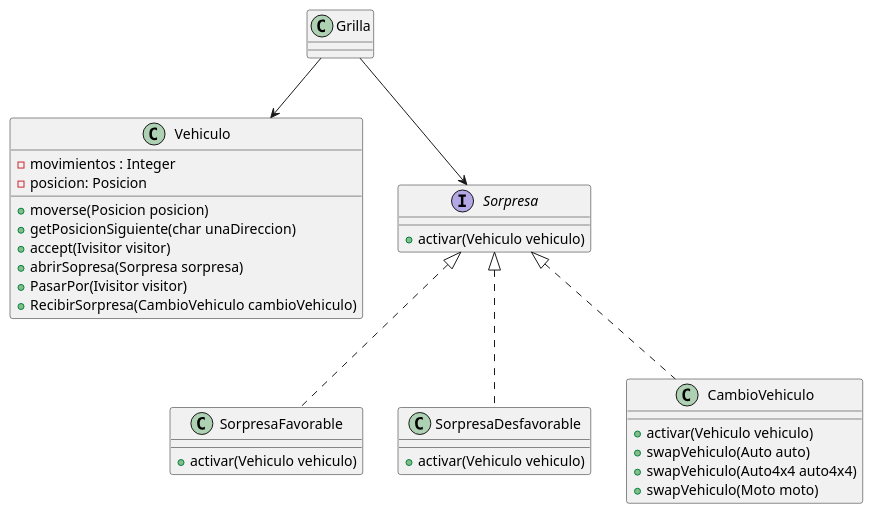
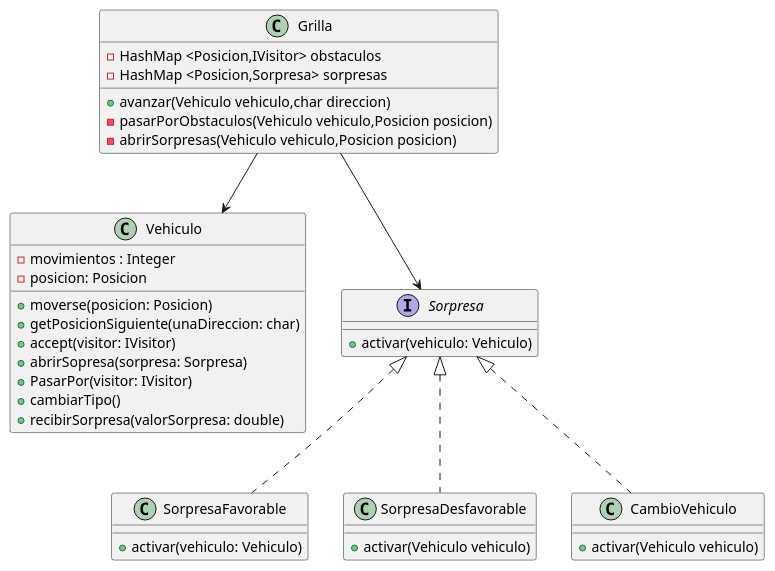
One commit to Dolo-pavon01/gpsChallenge changed the diagram in diagrams/classes/entrega 2/Sorpresas.puml. Above: the diagram before and after it, drawn with PlantUML. The commit also changed 1 other file, not shown here.

Commit message:
chore: se modificaron diagramas

```diff
--- a/diagrams/classes/entrega 2/Sorpresas.puml
+++ b/diagrams/classes/entrega 2/Sorpresas.puml
@@ -1,37 +1,44 @@
 @startuml
-class Grilla{}
+class Grilla{
+    - HashMap <Posicion,IVisitor> obstaculos
+    - HashMap <Posicion,Sorpresa> sorpresas
++ avanzar(Vehiculo vehiculo,char direccion)
+- pasarPorObstaculos(Vehiculo vehiculo,Posicion posicion)
+- abrirSorpresas(Vehiculo vehiculo,Posicion posicion)
+}
+
 class Vehiculo{
--movimientos : Integer
--posicion: Posicion
-+moverse(Posicion posicion)
-+getPosicionSiguiente(char unaDireccion)
-+accept(Ivisitor visitor)
-+abrirSopresa(Sorpresa sorpresa)
-+PasarPor(Ivisitor visitor)
-+RecibirSorpresa(CambioVehiculo cambioVehiculo)
+    - movimientos : Integer
+    - posicion: Posicion
+    + moverse(posicion: Posicion)
+    + getPosicionSiguiente(unaDireccion: char)
+    + accept(visitor: IVisitor)
+    + abrirSopresa(sorpresa: Sorpresa)
+    + PasarPor(visitor: IVisitor)
+    + cambiarTipo()
+    + recibirSorpresa(valorSorpresa: double)
 }
+
 interface Sorpresa{
-+activar(Vehiculo vehiculo)
+    + activar(vehiculo: Vehiculo)
 
 }
-class SorpresaFavorable{
-+activar(Vehiculo vehiculo)
+class SorpresaFavorable {
+    + activar(vehiculo: Vehiculo)
 }
 
 class SorpresaDesfavorable{
 +activar(Vehiculo vehiculo)
 }
 
-class CambioVehiculo{
-+activar(Vehiculo vehiculo)
-+swapVehiculo(Auto auto)
-+swapVehiculo(Auto4x4 auto4x4)
-+swapVehiculo(Moto moto)
+class CambioVehiculo {
+    + activar(Vehiculo vehiculo)
 }
+
 Grilla --> Sorpresa
 Grilla --> Vehiculo
 Sorpresa <|..  SorpresaFavorable
 Sorpresa <|..  SorpresaDesfavorable
 Sorpresa <|.. CambioVehiculo
 
 @enduml
```
